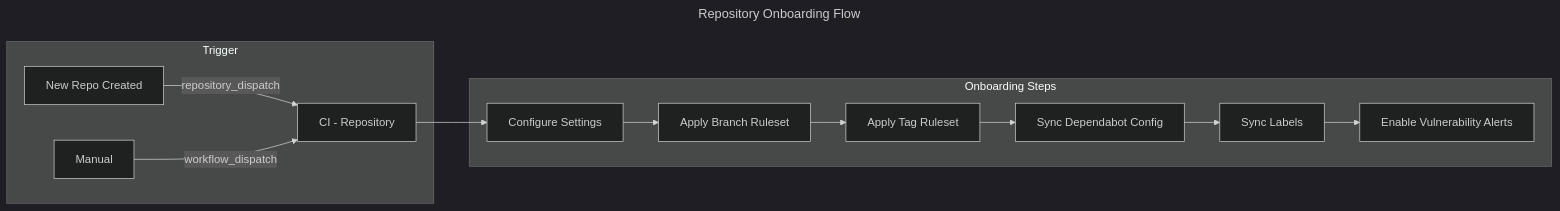
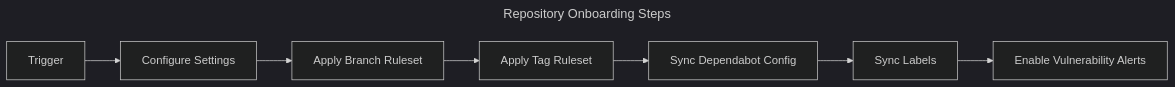
One commit to irishlab-io/.github changed the second of 2 diagrams in docs/pipeline/repo-onboarding.md. Above: the diagram before and after it, drawn with Mermaid. The commit also changed other lines of this file and 5 other files, not shown here.

Commit message:
feat: PR-based repository creation via GitOps YAML config

````diff
--- a/docs/pipeline/repo-onboarding.md
+++ b/docs/pipeline/repo-onboarding.md
@@ -13,19 +81,13 @@
 ```mermaid
 ---
-title: Repository Onboarding Flow
+title: Repository Onboarding Steps
 ---
 %%{ init: { 'logLevel': 'debug', 'theme': 'dark' } }%%
 flowchart LR
-  subgraph trigger[Trigger]
-    A[New Repo Created] -->|repository_dispatch| B[CI - Repository]
-    C[Manual] -->|workflow_dispatch| B
-  end
-  subgraph onboard[Onboarding Steps]
-    B --> D[Configure Settings]
-    D --> E[Apply Branch Ruleset]
-    E --> F[Apply Tag Ruleset]
-    F --> G[Sync Dependabot Config]
-    G --> H[Sync Labels]
-    H --> I[Enable Vulnerability Alerts]
-  end
+  A[Trigger] --> B[Configure Settings]
+  B --> C[Apply Branch Ruleset]
+  C --> D[Apply Tag Ruleset]
+  D --> E[Sync Dependabot Config]
+  E --> F[Sync Labels]
+  F --> G[Enable Vulnerability Alerts]
 ```
````
